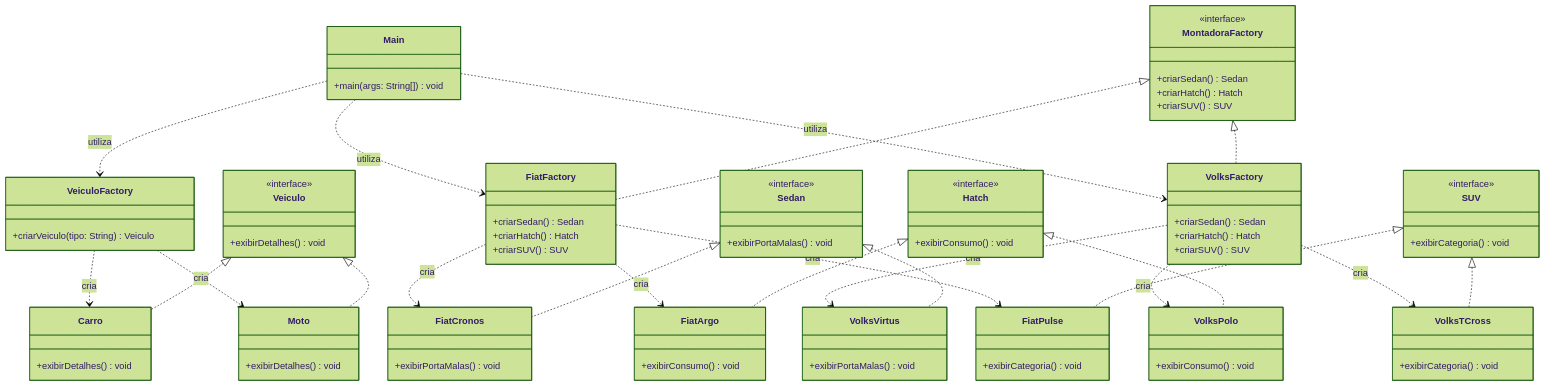
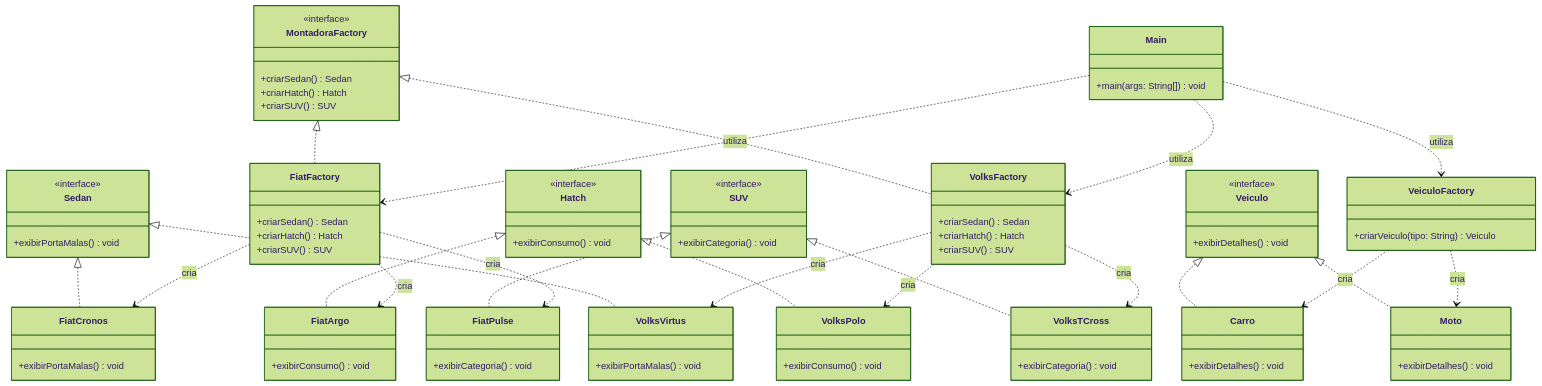
One commit to P4BLOll/FactoryMethod changed the diagram in README.md. Above: the diagram before and after it, drawn with Mermaid (forest theme). The commit also changed other lines of this file, not shown here.

````diff
--- a/README.md
+++ b/README.md
@@ -59,9 +224,9 @@
 ```mermaid
 classDiagram
 
-    %% =========================
+    %% ==================================================
     %% PARTE 1 - FACTORY METHOD
-    %% =========================
+    %% ==================================================
 
     class Veiculo {
         <<interface>>
@@ -80,22 +245,16 @@
         +criarVeiculo(tipo: String) Veiculo
     }
 
-    class Main {
-        +main(args: String[]) void
-    }
-
     Veiculo <|.. Carro
     Veiculo <|.. Moto
 
     VeiculoFactory ..> Carro : cria
     VeiculoFactory ..> Moto : cria
 
-    Main ..> VeiculoFactory : utiliza
 
-    %% =========================
-    %% PARTES 2 E 3
-    %% ABSTRACT FACTORY
-    %% =========================
+    %% ==================================================
+    %% PARTE 2 E 3 - ABSTRACT FACTORY
+    %% ==================================================
 
     class Sedan {
         <<interface>>
@@ -112,6 +271,24 @@
         +exibirCategoria() void
     }
 
+    class MontadoraFactory {
+        <<interface>>
+        +criarSedan() Sedan
+        +criarHatch() Hatch
+        +criarSUV() SUV
+    }
+
+
+    %% ==================================================
+    %% FAMÍLIA FIAT
+    %% ==================================================
+
+    class FiatFactory {
+        +criarSedan() Sedan
+        +criarHatch() Hatch
+        +criarSUV() SUV
+    }
+
     class FiatCronos {
         +exibirPortaMalas() void
     }
@@ -122,6 +299,27 @@
 
     class FiatPulse {
         +exibirCategoria() void
+    }
+
+    Sedan <|.. FiatCronos
+    Hatch <|.. FiatArgo
+    SUV <|.. FiatPulse
+
+    MontadoraFactory <|.. FiatFactory
+
+    FiatFactory ..> FiatCronos : cria
+    FiatFactory ..> FiatArgo : cria
+    FiatFactory ..> FiatPulse : cria
+
+
+    %% ==================================================
+    %% FAMÍLIA VOLKSWAGEN
+    %% ==================================================
+
+    class VolksFactory {
+        +criarSedan() Sedan
+        +criarHatch() Hatch
+        +criarSUV() SUV
     }
 
     class VolksVirtus {
@@ -136,44 +334,26 @@
         +exibirCategoria() void
     }
 
-    Sedan <|.. FiatCronos
-    Hatch <|.. FiatArgo
-    SUV <|.. FiatPulse
-
     Sedan <|.. VolksVirtus
     Hatch <|.. VolksPolo
     SUV <|.. VolksTCross
 
-    class MontadoraFactory {
-        <<interface>>
-        +criarSedan() Sedan
-        +criarHatch() Hatch
-        +criarSUV() SUV
-    }
-
-    class FiatFactory {
-        +criarSedan() Sedan
-        +criarHatch() Hatch
-        +criarSUV() SUV
-    }
-
-    class VolksFactory {
-        +criarSedan() Sedan
-        +criarHatch() Hatch
-        +criarSUV() SUV
-    }
-
-    MontadoraFactory <|.. FiatFactory
     MontadoraFactory <|.. VolksFactory
-
-    FiatFactory ..> FiatCronos : cria
-    FiatFactory ..> FiatArgo : cria
-    FiatFactory ..> FiatPulse : cria
 
     VolksFactory ..> VolksVirtus : cria
     VolksFactory ..> VolksPolo : cria
     VolksFactory ..> VolksTCross : cria
 
+
+    %% ==================================================
+    %% CLIENTE
+    %% ==================================================
+
+    class Main {
+        +main(args: String[]) void
+    }
+
+    Main ..> VeiculoFactory : utiliza
     Main ..> FiatFactory : utiliza
     Main ..> VolksFactory : utiliza
 ```
````
